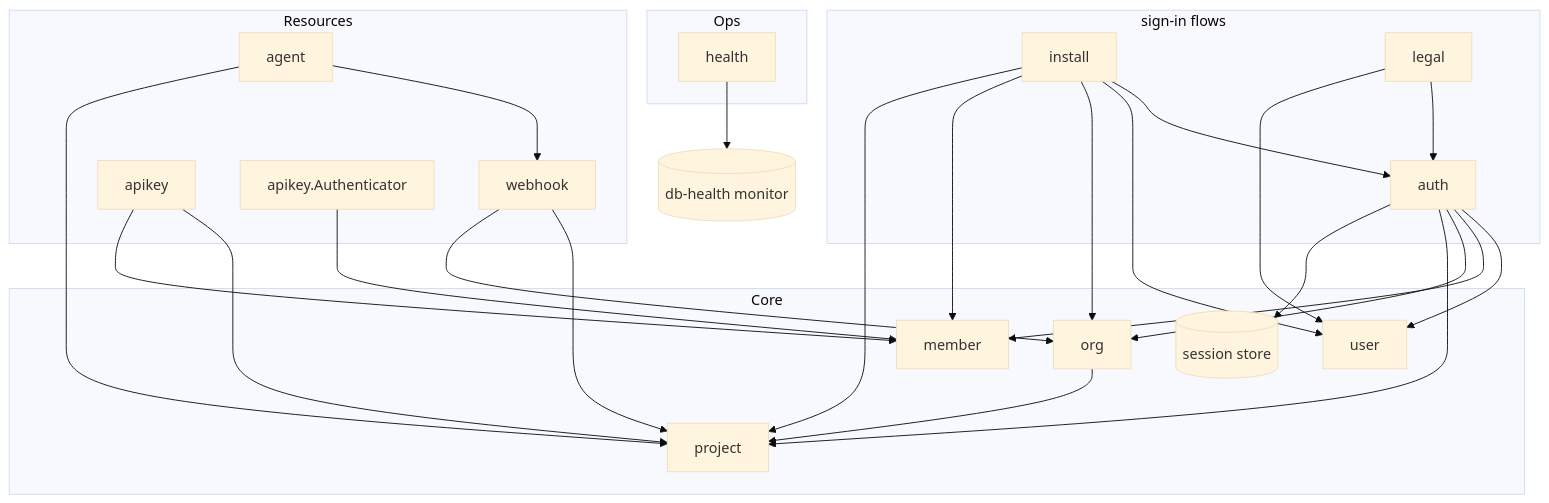
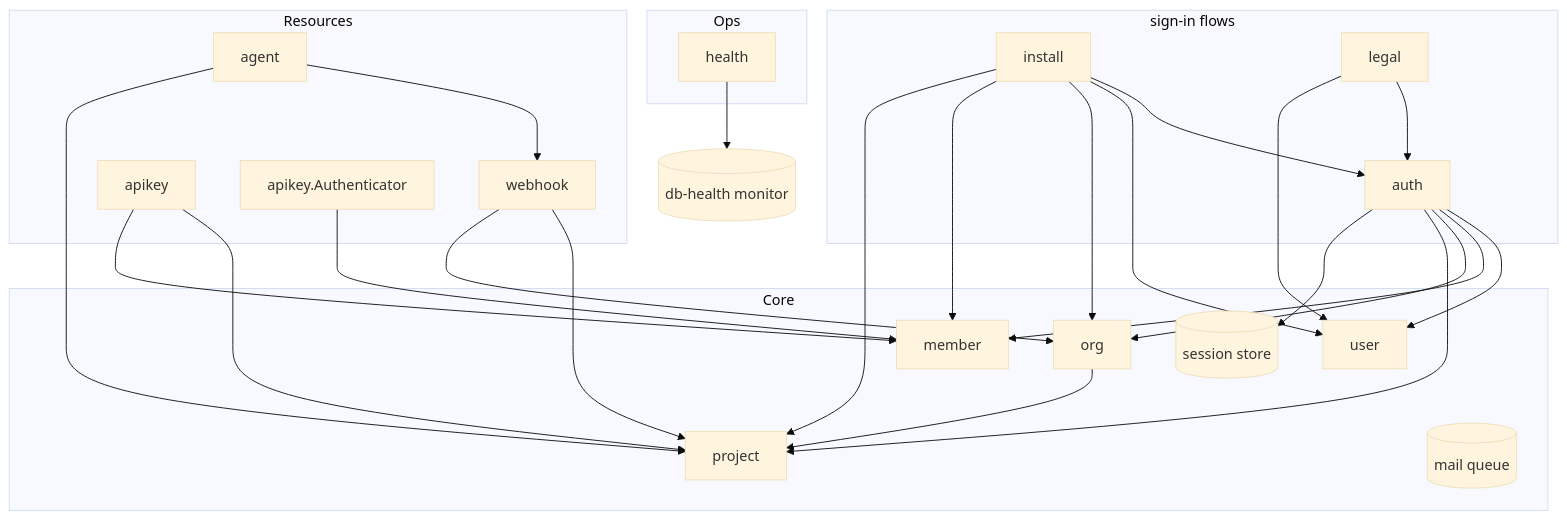
One commit to altalune-id/oagent changed the third of 3 diagrams in internal/boot/README.md. Above: the diagram before and after it, drawn with Mermaid (base theme). The commit also changed other lines of this file and 42 other files, not shown here.

Commit message:
feat(mailqueue): sealed, transactional mail queue with a retrying worker

````diff
--- a/internal/boot/README.md
+++ b/internal/boot/README.md
@@ -97,39 +98,40 @@
 ```mermaid
 flowchart TD
     subgraph Flows["sign-in flows"]
         install
         legal
         auth
     end
     subgraph Ops
         health
     end
     subgraph Resources
         agent
         webhook
         apikey
         keyAuthn["apikey.Authenticator"]
     end
     subgraph Core
         org
         project
         member
         user
         sessions[(session store)]
+        mailqueue[(mail queue)]
     end
 
     install --> auth
     legal --> auth
     install --> user & org & member & project
     legal --> user
     auth --> user & member & org & project & sessions
 
     agent --> webhook
     agent --> project
     webhook --> project & org
     apikey --> project & member
     keyAuthn --> member
     health --> dbh[(db-health monitor)]
 
     org --> project
 ```
````
